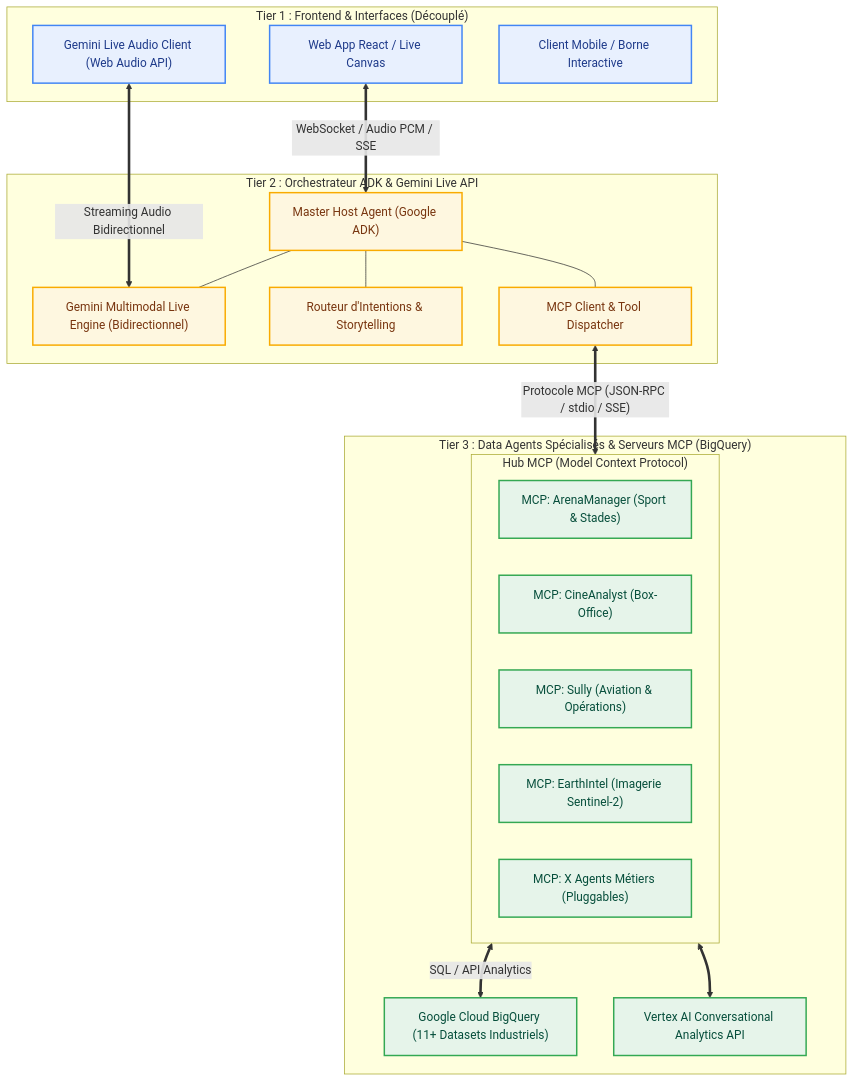
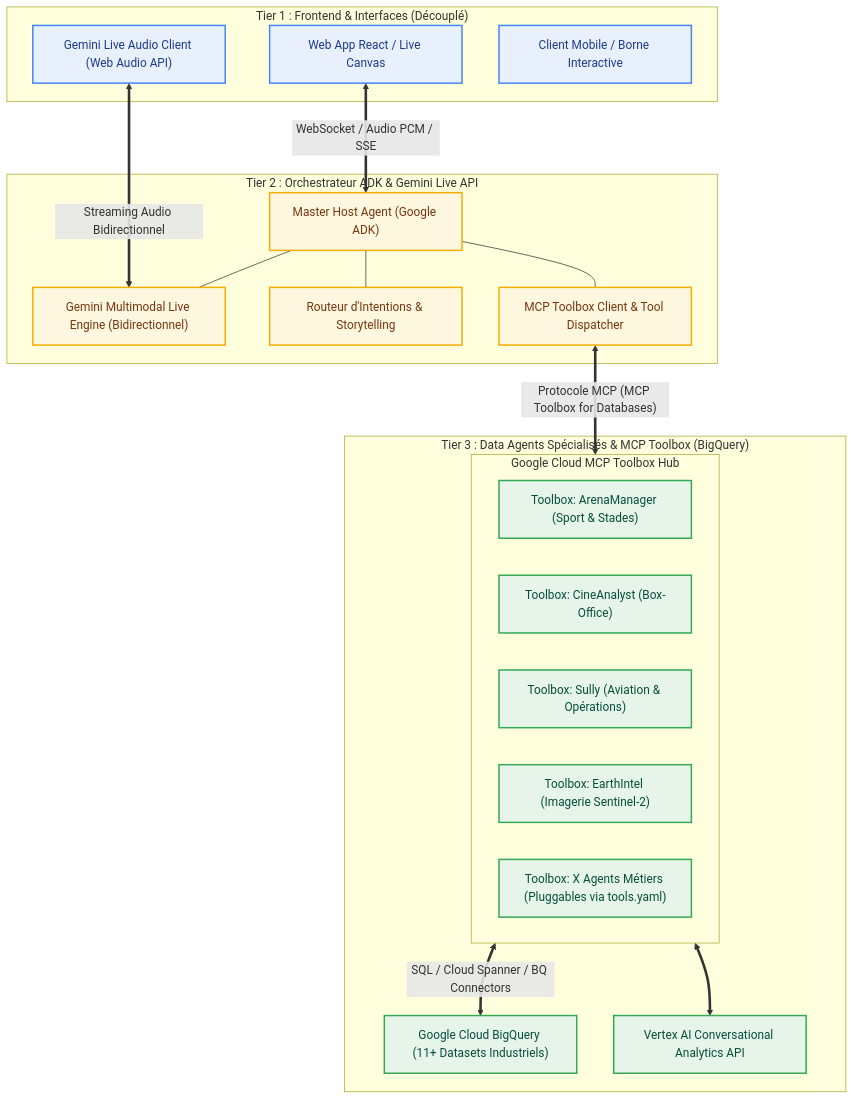
The diagram in ARCHITECTURE_3TIERS_ADK_MCP.md (ken-william/Data-Agents-By-Industry), drawn with Mermaid before and after one commit. The commit also changed other lines of this file, not shown here.

Commit message:
docs: update architecture blueprint to use MCP Toolbox (Toolbox for Databases) instead of fastmcp

````diff
--- a/ARCHITECTURE_3TIERS_ADK_MCP.md
+++ b/ARCHITECTURE_3TIERS_ADK_MCP.md
@@ -9,46 +9,46 @@
 ```mermaid
 graph TD
     subgraph TIER1["Tier 1 : Frontend & Interfaces (Découplé)"]
         UI_Web["Web App React / Live Canvas"]
         UI_Voice["Gemini Live Audio Client (Web Audio API)"]
         UI_Mobile["Client Mobile / Borne Interactive"]
     end
 
     subgraph TIER2["Tier 2 : Orchestrateur ADK & Gemini Live API"]
         Orchestrator["Master Host Agent (Google ADK)"]
         LiveAudio["Gemini Multimodal Live Engine (Bidirectionnel)"]
         IntentRouter["Routeur d'Intentions & Storytelling"]
-        ToolDispatcher["MCP Client & Tool Dispatcher"]
+        ToolboxClient["MCP Toolbox Client & Tool Dispatcher"]
         
         Orchestrator --- LiveAudio
         Orchestrator --- IntentRouter
-        Orchestrator --- ToolDispatcher
+        Orchestrator --- ToolboxClient
     end
 
-    subgraph TIER3["Tier 3 : Data Agents Spécialisés & Serveurs MCP (BigQuery)"]
-        subgraph MCP_Hub["Hub MCP (Model Context Protocol)"]
-            MCP_Arena["MCP: ArenaManager (Sport & Stades)"]
-            MCP_Cine["MCP: CineAnalyst (Box-Office)"]
-            MCP_Sully["MCP: Sully (Aviation & Opérations)"]
-            MCP_Earth["MCP: EarthIntel (Imagerie Sentinel-2)"]
-            MCP_Custom["MCP: X Agents Métiers (Pluggables)"]
+    subgraph TIER3["Tier 3 : Data Agents Spécialisés & MCP Toolbox (BigQuery)"]
+        subgraph MCP_Toolbox_Hub["Google Cloud MCP Toolbox Hub"]
+            MCP_Arena["Toolbox: ArenaManager (Sport & Stades)"]
+            MCP_Cine["Toolbox: CineAnalyst (Box-Office)"]
+            MCP_Sully["Toolbox: Sully (Aviation & Opérations)"]
+            MCP_Earth["Toolbox: EarthIntel (Imagerie Sentinel-2)"]
+            MCP_Custom["Toolbox: X Agents Métiers (Pluggables via tools.yaml)"]
         end
         
         BQ["Google Cloud BigQuery (11+ Datasets Industriels)"]
         VertexAnalytics["Vertex AI Conversational Analytics API"]
     end
 
     UI_Web <==>|"WebSocket / Audio PCM / SSE"| Orchestrator
     UI_Voice <==>|"Streaming Audio Bidirectionnel"| LiveAudio
-    ToolDispatcher <==>|"Protocole MCP (JSON-RPC / stdio / SSE)"| MCP_Hub
-    MCP_Hub <==>|"SQL / API Analytics"| BQ
-    MCP_Hub <==> VertexAnalytics
+    ToolboxClient <==>|"Protocole MCP (MCP Toolbox for Databases)"| MCP_Toolbox_Hub
+    MCP_Toolbox_Hub <==>|"SQL / Cloud Spanner / BQ Connectors"| BQ
+    MCP_Toolbox_Hub <==> VertexAnalytics
 
     classDef tier1 fill:#E8F0FE,stroke:#4285F4,stroke-width:2px,color:#1e3a8a;
     classDef tier2 fill:#FEF7E0,stroke:#F9AB00,stroke-width:2px,color:#78350f;
     classDef tier3 fill:#E6F4EA,stroke:#34A853,stroke-width:2px,color:#064e3b;
 
     class UI_Web,UI_Voice,UI_Mobile tier1;
-    class Orchestrator,LiveAudio,IntentRouter,ToolDispatcher tier2;
+    class Orchestrator,LiveAudio,IntentRouter,ToolboxClient tier2;
     class MCP_Arena,MCP_Cine,MCP_Sully,MCP_Earth,MCP_Custom,BQ,VertexAnalytics tier3;
 ```
````
